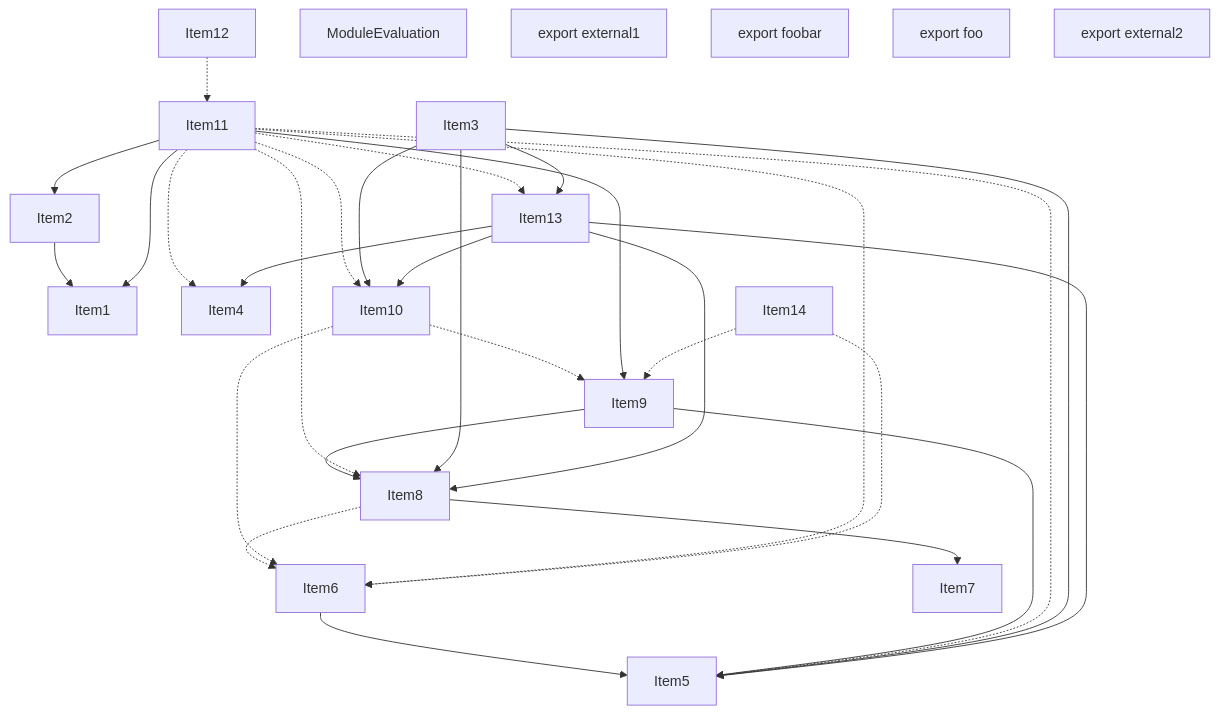
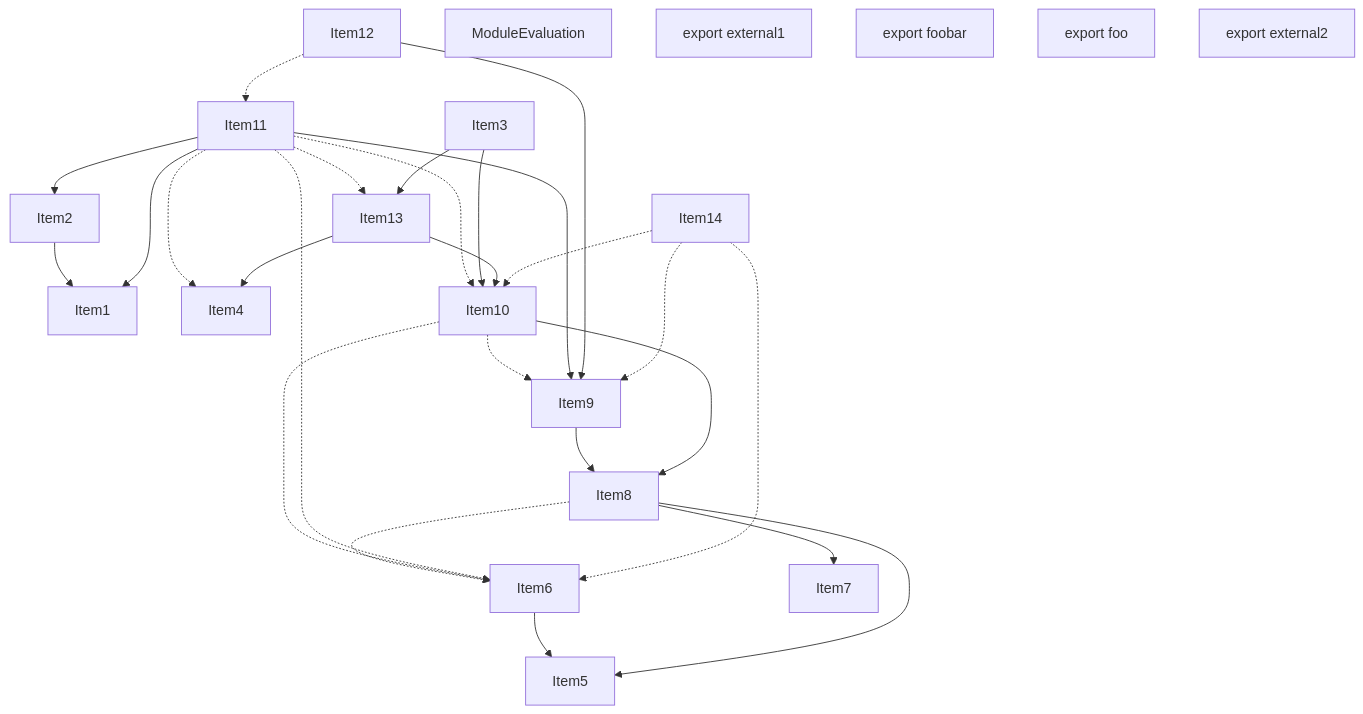
One commit to vercel/turborepo changed the third of 5 diagrams in crates/turbopack-ecmascript/tests/tree-shaker/analyzer/2/output.md. Above: the diagram before and after it, drawn with Mermaid. The commit also changed other lines of this file and 3 other files, not shown here.

````diff
--- a/crates/turbopack-ecmascript/tests/tree-shaker/analyzer/2/output.md
+++ b/crates/turbopack-ecmascript/tests/tree-shaker/analyzer/2/output.md
@@ -233,55 +235,52 @@
 ```mermaid
 graph TD
     Item3;
     Item1;
     Item4;
     Item5;
     Item6;
     Item7;
     Item8;
     Item9;
     Item10;
     Item11;
     Item12;
     Item13;
     Item14;
     Item2;
     Item15;
     Item15["ModuleEvaluation"];
     Item16;
     Item16["export external1"];
     Item17;
     Item17["export foobar"];
     Item18;
     Item18["export foo"];
     Item19;
     Item19["export external2"];
     Item2 --> Item1;
     Item6 --> Item5;
     Item8 --> Item7;
+    Item8 --> Item5;
     Item8 -.-> Item6;
-    Item9 --> Item5;
     Item9 --> Item8;
+    Item10 --> Item8;
     Item10 -.-> Item6;
     Item10 -.-> Item9;
     Item11 --> Item9;
     Item11 --> Item1;
     Item11 --> Item2;
     Item11 -.-> Item13;
-    Item11 -.-> Item5;
-    Item11 -.-> Item8;
     Item11 -.-> Item10;
     Item11 -.-> Item6;
     Item11 -.-> Item4;
+    Item12 --> Item9;
     Item12 -.-> Item11;
     Item3 --> Item13;
-    Item3 --> Item5;
-    Item3 --> Item8;
     Item3 --> Item10;
     Item13 --> Item4;
-    Item13 --> Item5;
-    Item13 --> Item8;
     Item13 --> Item10;
     Item14 -.-> Item6;
     Item14 -.-> Item9;
+    Item14 -.-> Item10;
 ```
````
